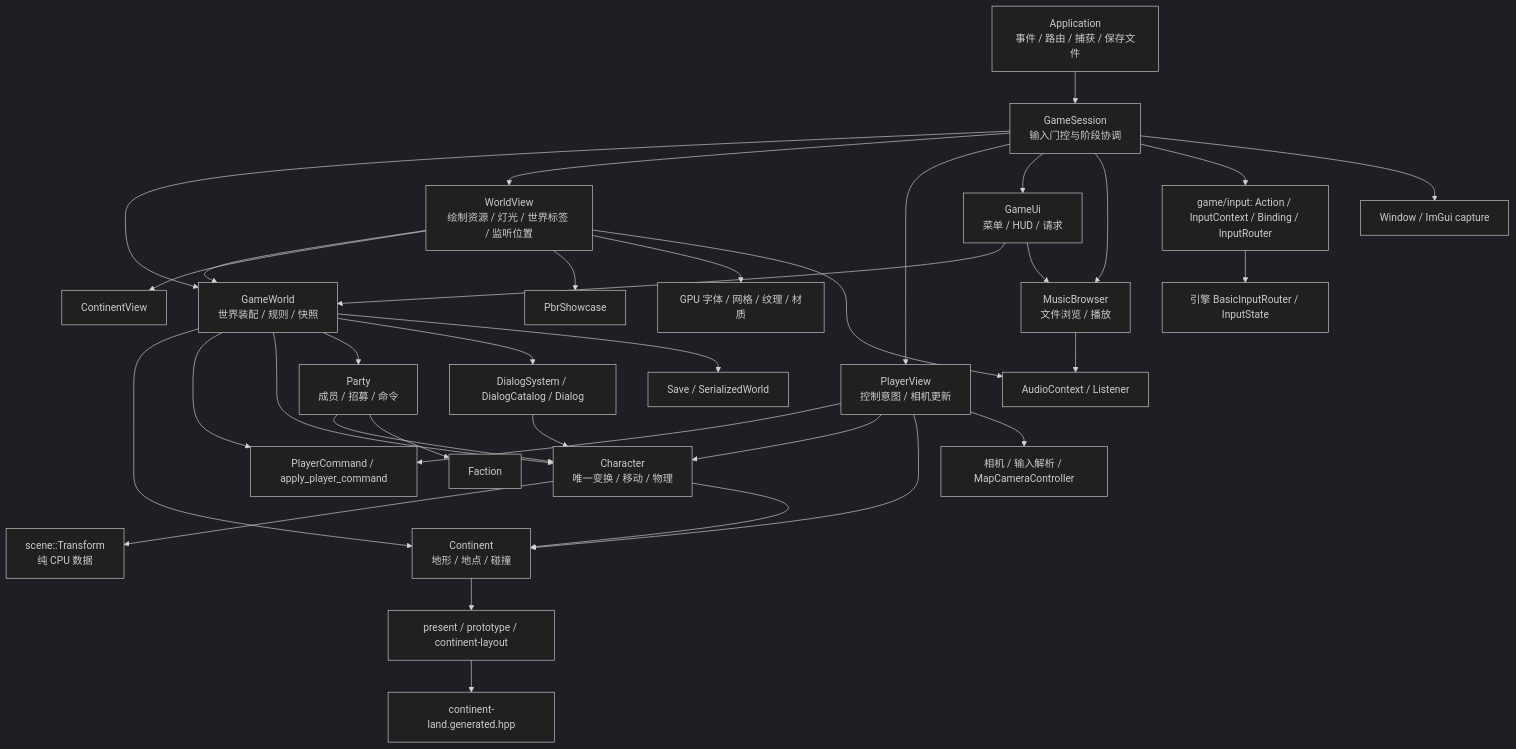
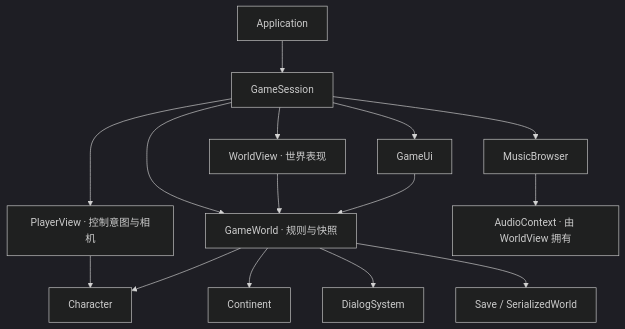
The second of 3 diagrams in docs/module-dependencies.md (Plut084/lc1), drawn with Mermaid (dark theme) before and after one commit. The commit also changed other lines of this file and 24 other files, not shown here.

````diff
--- a/docs/module-dependencies.md
+++ b/docs/module-dependencies.md
@@ -67,37 +22,17 @@
 ```mermaid
-flowchart TB
-    app["Application<br/>事件 / 路由 / 捕获 / 保存文件"] --> session["GameSession<br/>输入门控与阶段协调"]
-    session --> world["GameWorld<br/>世界装配 / 规则 / 快照"]
-    session --> view["WorldView<br/>绘制资源 / 灯光 / 世界标签 / 监听位置"]
-    session --> player["PlayerView<br/>控制意图 / 相机更新"]
-    session --> ui["GameUi<br/>菜单 / HUD / 请求"]
-    session --> music["MusicBrowser<br/>文件浏览 / 播放"]
-    session --> input["game/input: Action / InputContext / Binding / InputRouter"]
-    input --> router["引擎 BasicInputRouter / InputState"]
-    session --> platform_input["Window / ImGui capture"]
-    world --> continent["Continent<br/>地形 / 地点 / 碰撞"]
-    world --> commands["PlayerCommand / apply_player_command"]
-    player --> commands
-    world --> character["Character<br/>唯一变换 / 移动 / 物理"]
-    world --> party["Party<br/>成员 / 招募 / 命令"]
-    party --> character
-    party --> faction["Faction"]
-    world --> dialogs["DialogSystem / DialogCatalog / Dialog"]
-    dialogs --> character
+flowchart TD
+    app[Application] --> session[GameSession]
+    session --> world["GameWorld · 规则与快照"]
+    session --> view["WorldView · 世界表现"]
+    session --> player["PlayerView · 控制意图与相机"]
+    session --> ui[GameUi]
+    session --> music[MusicBrowser]
+    view --> world
+    ui --> world
+    player --> character[Character]
+    world --> character
+    world --> continent[Continent]
+    world --> dialog[DialogSystem]
     world --> save["Save / SerializedWorld"]
-    character --> transform["scene::Transform<br/>纯 CPU 数据"]
-    character --> continent
-    player --> character
-    player --> continent
-    player --> camera["相机 / 输入解析 / MapCameraController"]
-    view --> world
-    view --> terrain["ContinentView"]
-    view --> showcase["PbrShowcase"]
-    view --> gpu["GPU 字体 / 网格 / 纹理 / 材质"]
-    view --> audio["AudioContext / Listener"]
-    ui --> world
-    ui --> music
-    music --> audio
-    continent --> layout["present / prototype / continent-layout"]
-    layout --> land["continent-land.generated.hpp"]
+    music --> audio["AudioContext · 由 WorldView 拥有"]
 ```
````
